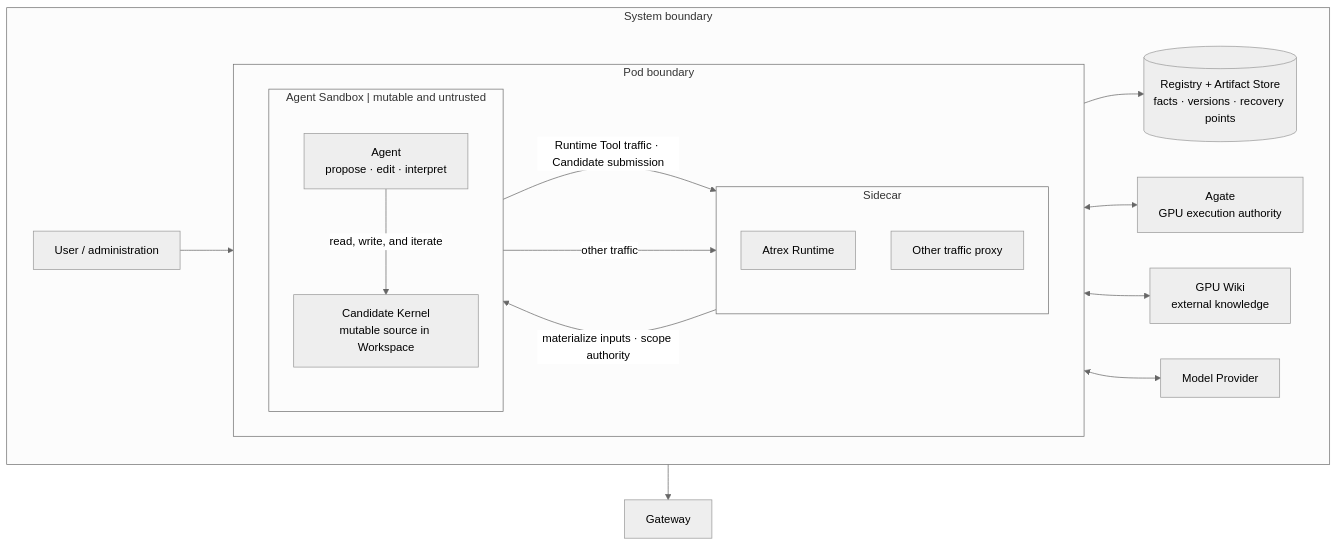
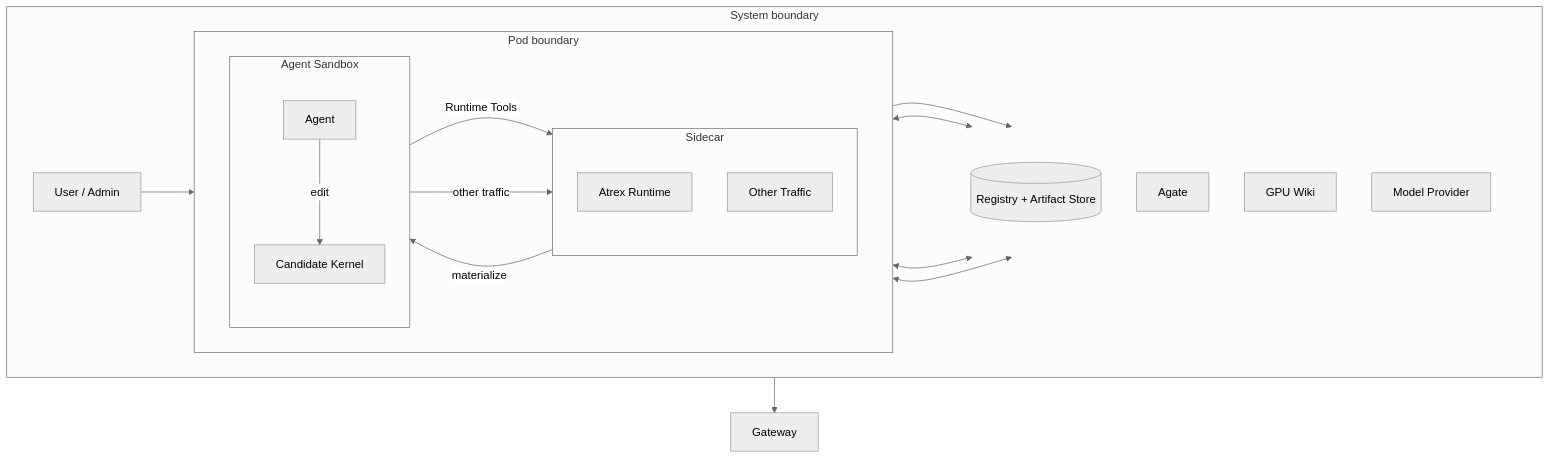
Before and after one commit to guoyuqi020/atrex-kernel-agent-runtime: the third of 3 diagrams in arch_thinking/README.md, drawn with Mermaid (neutral theme).

Commit message:
docs: refine runtime system diagram

````diff
--- a/arch_thinking/README.md
+++ b/arch_thinking/README.md
@@ -137,39 +137,49 @@
 ```mermaid
 flowchart TB
     GW["Gateway"]
 
     subgraph SYSTEM["System boundary"]
         direction LR
 
-        U["User / administration"]
+        U["User / Admin"]
 
         subgraph POD["Pod boundary"]
             direction LR
 
             subgraph SIDECAR["Sidecar"]
                 direction TB
                 R["Atrex Runtime"]
-                O["Other traffic proxy"]
+                O["Other Traffic"]
             end
 
-            subgraph SB["Agent Sandbox | mutable and untrusted"]
+            subgraph SB["Agent Sandbox"]
                 direction TB
-                A["Agent<br/>propose · edit · interpret"]
-                K["Candidate Kernel<br/>mutable source in Workspace"]
-                A -->|"read, write, and iterate"| K
+                A["Agent"]
+                K["Candidate Kernel"]
+                A -->|"edit"| K
             end
 
-            R -->|"materialize inputs · scope authority"| K
-            A -->|"Runtime Tool traffic · Candidate submission"| R
+            R -->|"materialize"| K
+            A -->|"Runtime Tools"| R
             A -->|"other traffic"| O
         end
 
+        subgraph SERVICES[" "]
+            direction TB
+            S[("Registry + Artifact Store")]
+            G["Agate"]
+            W["GPU Wiki"]
+            P["Model Provider"]
+        end
+
         U --> POD
-        R --> S[("Registry + Artifact Store<br/>facts · versions · recovery points")]
-        R <--> G["Agate<br/>GPU execution authority"]
-        R <--> W["GPU Wiki<br/>external knowledge"]
-        R <--> P["Model Provider"]
+        R --> S
+        R <--> G
+        R <--> W
+        R <--> P
     end
 
     O --> GW
+
+    style SERVICES fill:none,stroke:none
 ```
````
